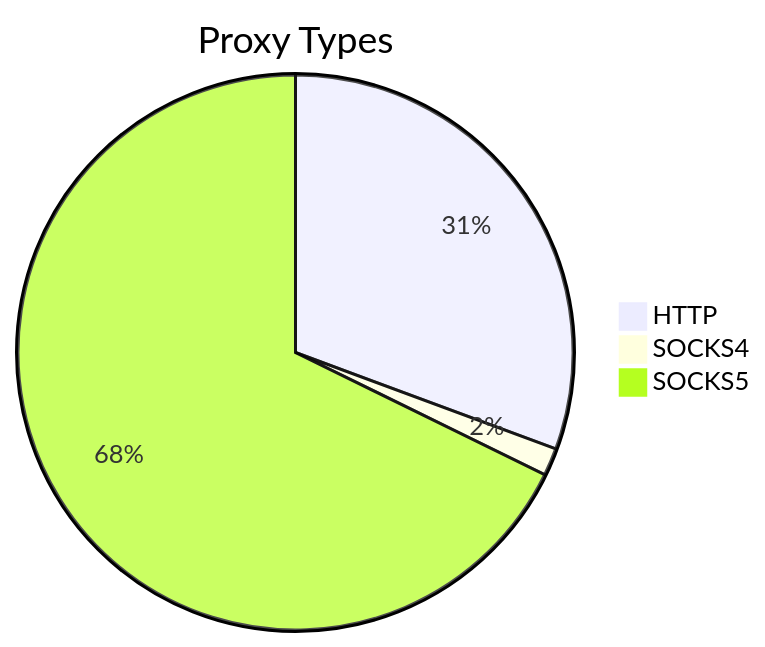
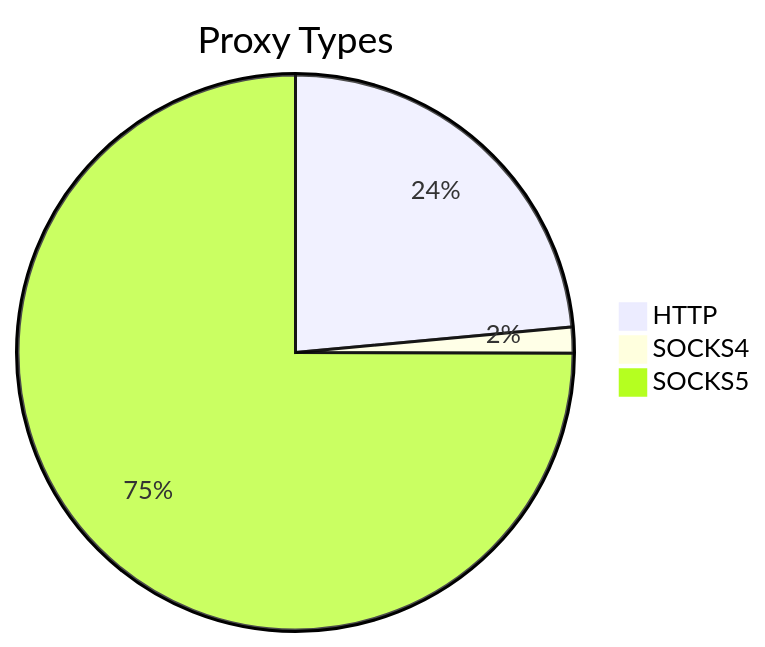
Before and after one commit to stormsia/proxy-list: the first of 2 diagrams in README.md, drawn with Mermaid. The commit also changed other lines of this file, not shown here.

````diff
--- a/README.md
+++ b/README.md
@@ -21,6 +21,6 @@
 ```mermaid
 pie title Proxy Types
-    "HTTP" : 76
-    "SOCKS4" : 4
-    "SOCKS5" : 168
+    "HTTP" : 124
+    "SOCKS4" : 8
+    "SOCKS5" : 395
 ```
````
